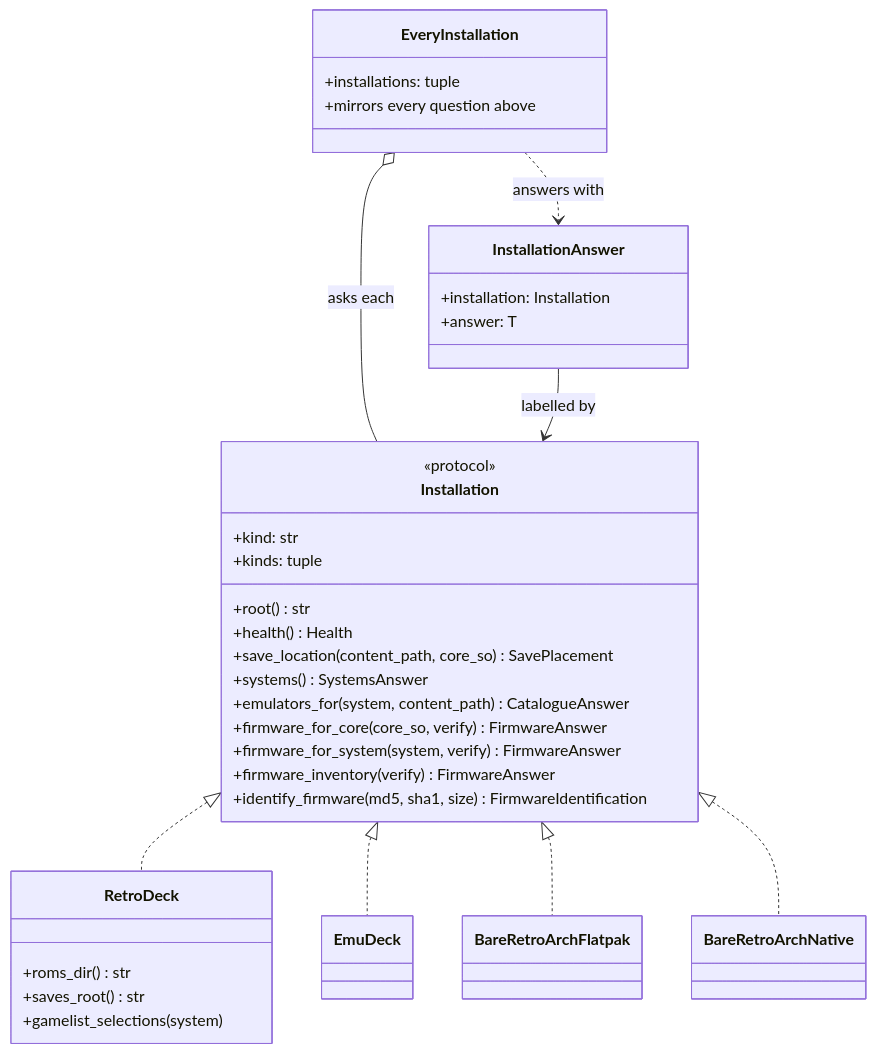
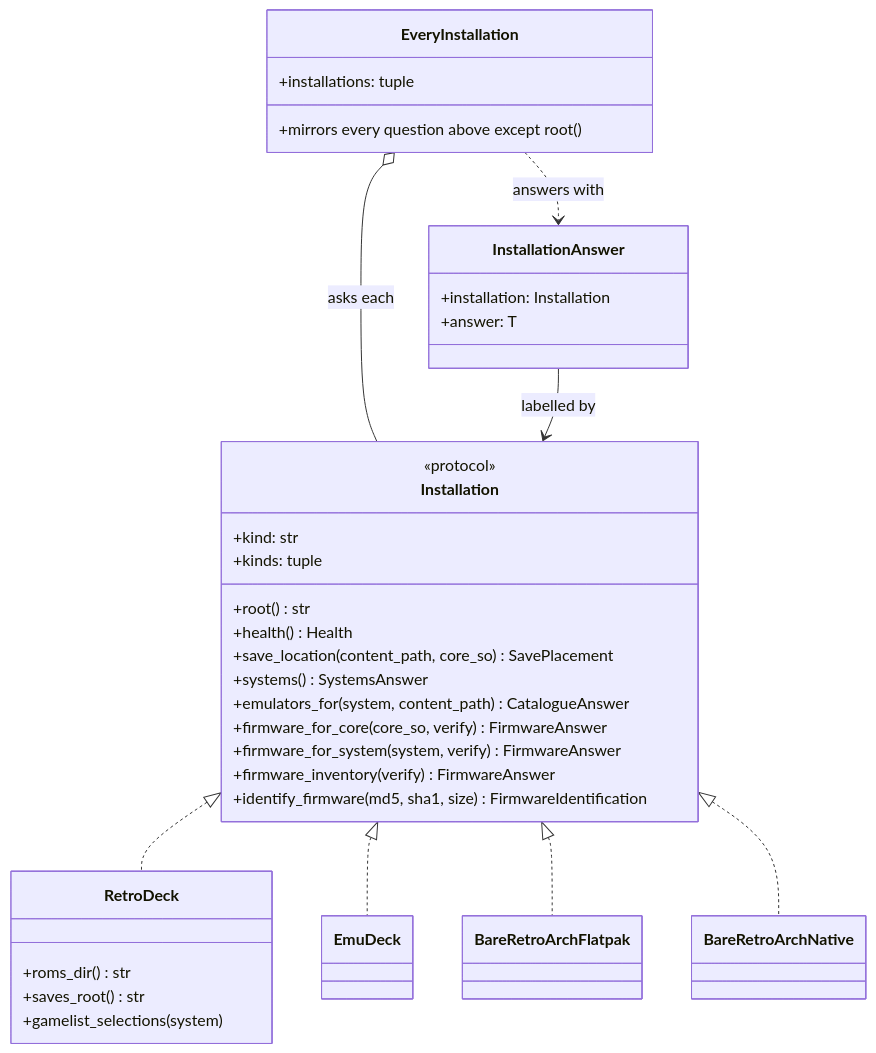
Before and after one commit to danielcopper/emu-atlas: the second of 3 diagrams in docs/architecture.md, drawn with Mermaid. The commit also changed other lines of this file and 13 other files, not shown here.

````diff
--- a/docs/architecture.md
+++ b/docs/architecture.md
@@ -60,41 +60,41 @@
 ```mermaid
 classDiagram
     class Installation {
         <<protocol>>
         +kind: str
         +kinds: tuple
         +root() str
         +health() Health
         +save_location(content_path, core_so) SavePlacement
         +systems() SystemsAnswer
         +emulators_for(system, content_path) CatalogueAnswer
         +firmware_for_core(core_so, verify) FirmwareAnswer
         +firmware_for_system(system, verify) FirmwareAnswer
         +firmware_inventory(verify) FirmwareAnswer
         +identify_firmware(md5, sha1, size) FirmwareIdentification
     }
     class RetroDeck {
         +roms_dir() str
         +saves_root() str
         +gamelist_selections(system)
     }
     class EmuDeck
     class BareRetroArchFlatpak
     class BareRetroArchNative
     class EveryInstallation {
         +installations: tuple
-        +mirrors every question above
+        +mirrors every question above except root()
     }
     class InstallationAnswer {
         +installation: Installation
         +answer: T
     }
 
     Installation <|.. RetroDeck
     Installation <|.. EmuDeck
     Installation <|.. BareRetroArchFlatpak
     Installation <|.. BareRetroArchNative
     EveryInstallation o-- Installation : asks each
     EveryInstallation ..> InstallationAnswer : answers with
     InstallationAnswer --> Installation : labelled by
 ```
````
